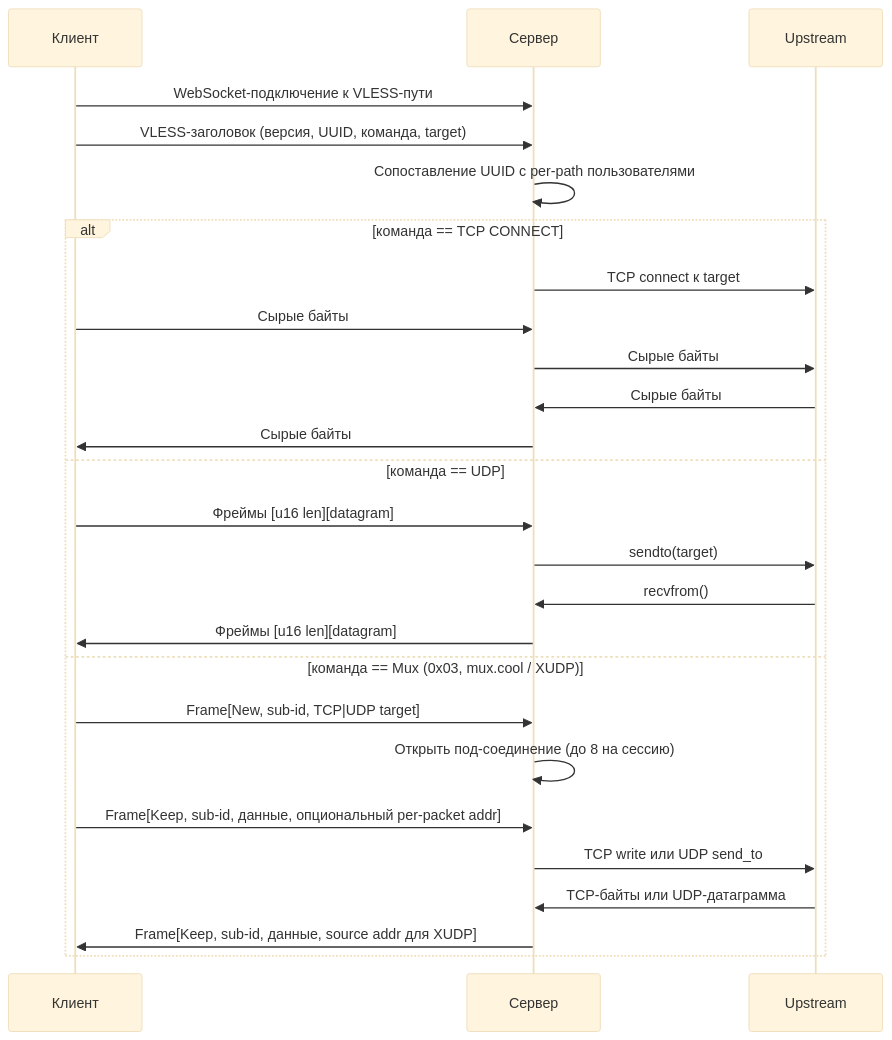
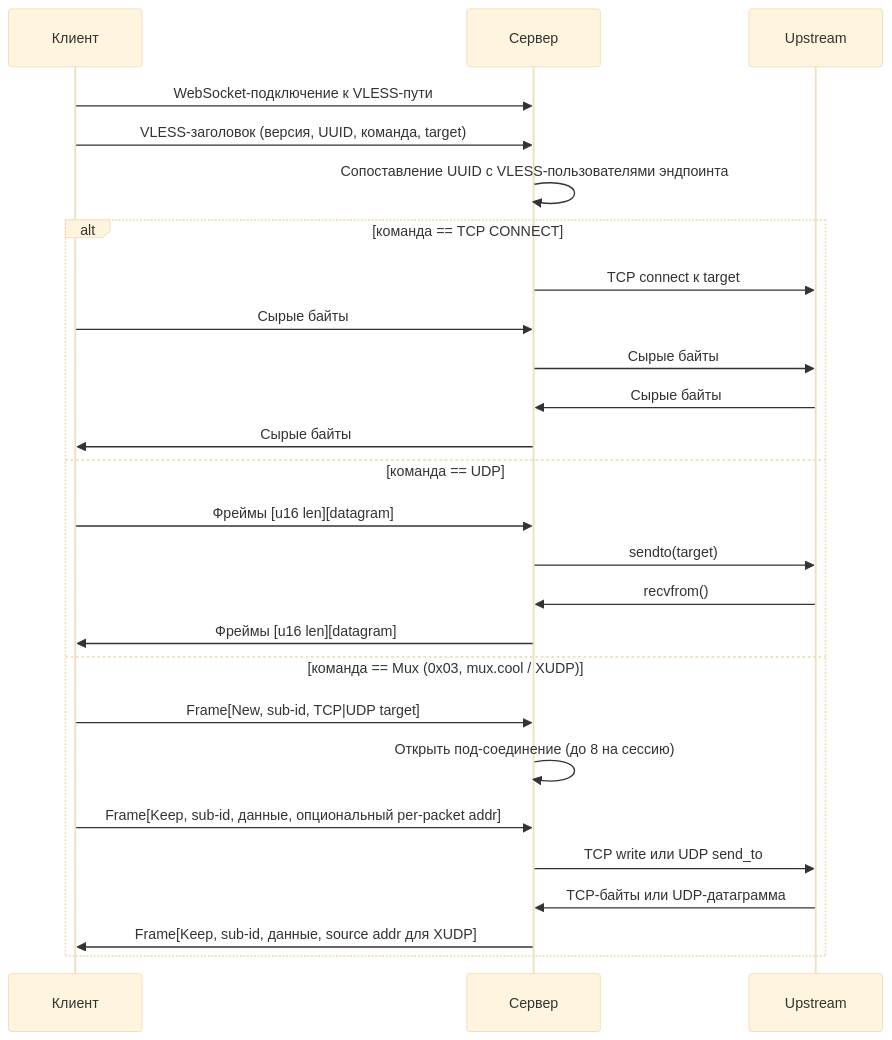
One commit to balookrd/outline-proxy changed the fourth of 4 diagrams in bins/outline-ss-rust/docs/ARCHITECTURE.ru.md. Above: the diagram before and after it, drawn with Mermaid (base theme). The commit also changed other lines of this file and 61 other files, not shown here.

````diff
--- a/bins/outline-ss-rust/docs/ARCHITECTURE.ru.md
+++ b/bins/outline-ss-rust/docs/ARCHITECTURE.ru.md
@@ -210,29 +235,29 @@
 ```mermaid
 sequenceDiagram
     participant C as Клиент
     participant S as Сервер
     participant U as Upstream
 
     C->>S: WebSocket-подключение к VLESS-пути
     C->>S: VLESS-заголовок (версия, UUID, команда, target)
-    S->>S: Сопоставление UUID с per-path пользователями
+    S->>S: Сопоставление UUID с VLESS-пользователями эндпоинта
     alt команда == TCP CONNECT
         S->>U: TCP connect к target
         C->>S: Сырые байты
         S->>U: Сырые байты
         U->>S: Сырые байты
         S->>C: Сырые байты
     else команда == UDP
         C->>S: Фреймы [u16 len][datagram]
         S->>U: sendto(target)
         U->>S: recvfrom()
         S->>C: Фреймы [u16 len][datagram]
     else команда == Mux (0x03, mux.cool / XUDP)
         C->>S: Frame[New, sub-id, TCP|UDP target]
         S->>S: Открыть под-соединение (до 8 на сессию)
         C->>S: Frame[Keep, sub-id, данные, опциональный per-packet addr]
         S->>U: TCP write или UDP send_to
         U->>S: TCP-байты или UDP-датаграмма
         S->>C: Frame[Keep, sub-id, данные, source addr для XUDP]
     end
 ```
````
